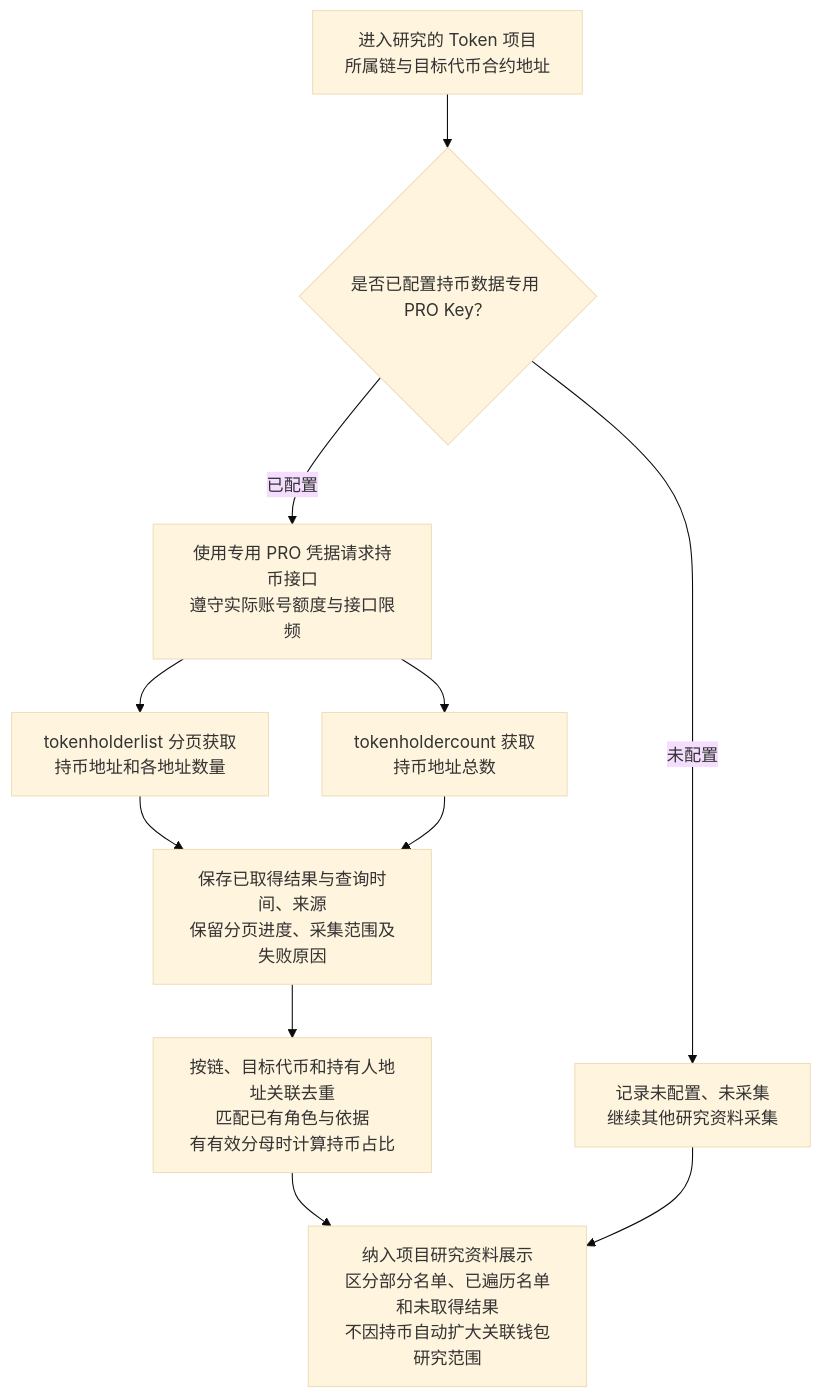
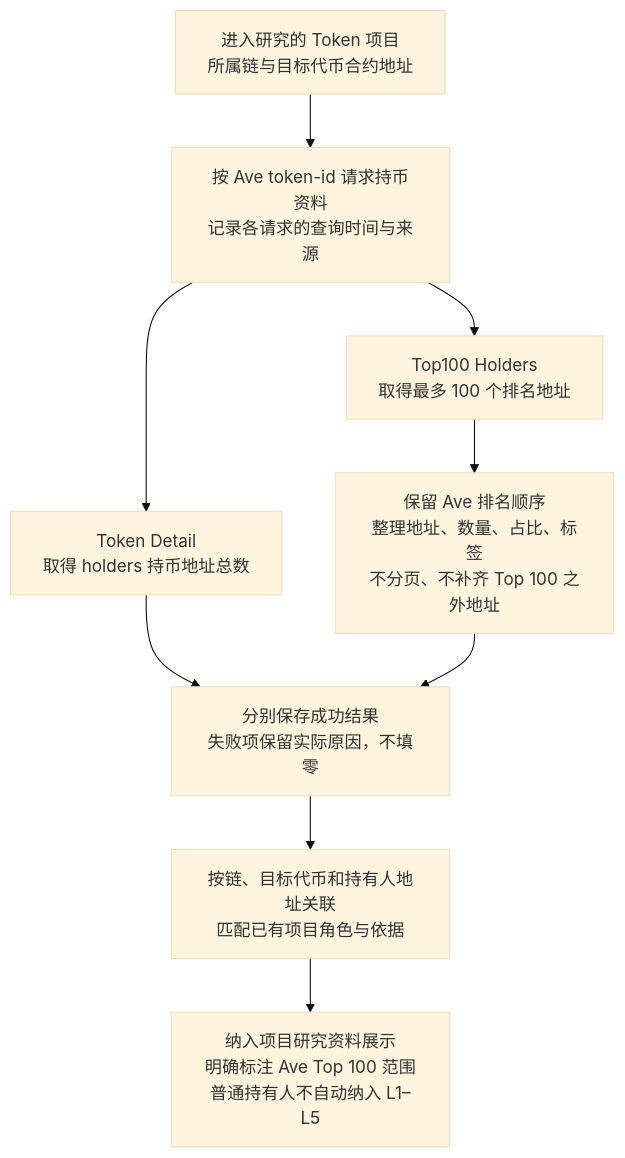
One commit to useryege/athena-o changed the diagram in docs/requirements/token/token-holder-flow.md. Above: the diagram before and after it, drawn with Mermaid (base theme). The commit also changed other lines of this file and 8 other files, not shown here.

````diff
--- a/docs/requirements/token/token-holder-flow.md
+++ b/docs/requirements/token/token-holder-flow.md
@@ -15,13 +15,11 @@
 ```mermaid
 flowchart TD
-    project["进入研究的 Token 项目<br/>所属链与目标代币合约地址"] --> key{"是否已配置持币数据专用 PRO Key？"}
-    key -->|"未配置"| missing["记录未配置、未采集<br/>继续其他研究资料采集"]
-    key -->|"已配置"| query["使用专用 PRO 凭据请求持币接口<br/>遵守实际账号额度与接口限频"]
-    query --> list["tokenholderlist 分页获取<br/>持币地址和各地址数量"]
-    query --> count["tokenholdercount 获取<br/>持币地址总数"]
-    list --> result["保存已取得结果与查询时间、来源<br/>保留分页进度、采集范围及失败原因"]
-    count --> result
-    result --> enrich["按链、目标代币和持有人地址关联去重<br/>匹配已有角色与依据<br/>有有效分母时计算持币占比"]
-    enrich --> display["纳入项目研究资料展示<br/>区分部分名单、已遍历名单和未取得结果<br/>不因持币自动扩大关联钱包研究范围"]
-    missing --> display
+    project["进入研究的 Token 项目<br/>所属链与目标代币合约地址"] --> query["按 Ave token-id 请求持币资料<br/>记录各请求的查询时间与来源"]
+    query --> count["Token Detail<br/>取得 holders 持币地址总数"]
+    query --> top["Top100 Holders<br/>取得最多 100 个排名地址"]
+    count --> save["分别保存成功结果<br/>失败项保留实际原因，不填零"]
+    top --> normalize["保留 Ave 排名顺序<br/>整理地址、数量、占比、标签<br/>不分页、不补齐 Top 100 之外地址"]
+    normalize --> save
+    save --> enrich["按链、目标代币和持有人地址关联<br/>匹配已有项目角色与依据"]
+    enrich --> display["纳入项目研究资料展示<br/>明确标注 Ave Top 100 范围<br/>普通持有人不自动纳入 L1–L5"]
 ```
````
